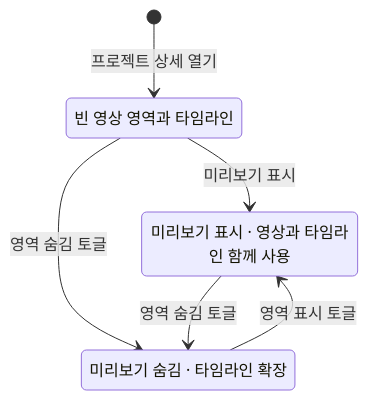
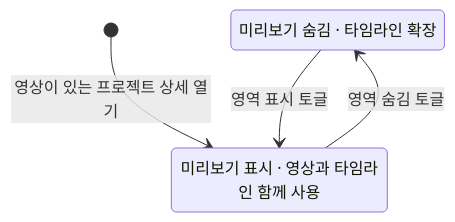
Before and after one commit to haandol/storybird: the first of 2 diagrams in docs/adr/authoring/0001-timeline-overlay-editor.md, drawn with Mermaid. The commit also changed other lines of this file and 14 other files, not shown here.

````diff
--- a/docs/adr/authoring/0001-timeline-overlay-editor.md
+++ b/docs/adr/authoring/0001-timeline-overlay-editor.md
@@ -345,11 +344,8 @@
 ```mermaid
 stateDiagram-v2
-    state "빈 영상 영역과 타임라인" as Empty
     state "미리보기 숨김 · 타임라인 확장" as Hidden
     state "미리보기 표시 · 영상과 타임라인 함께 사용" as Visible
-    [*] --> Empty: 프로젝트 상세 열기
-    Empty --> Visible: 미리보기 표시
-    Empty --> Hidden: 영역 숨김 토글
+    [*] --> Visible: 영상이 있는 프로젝트 상세 열기
     Hidden --> Visible: 영역 표시 토글
     Visible --> Hidden: 영역 숨김 토글
 ```
````
